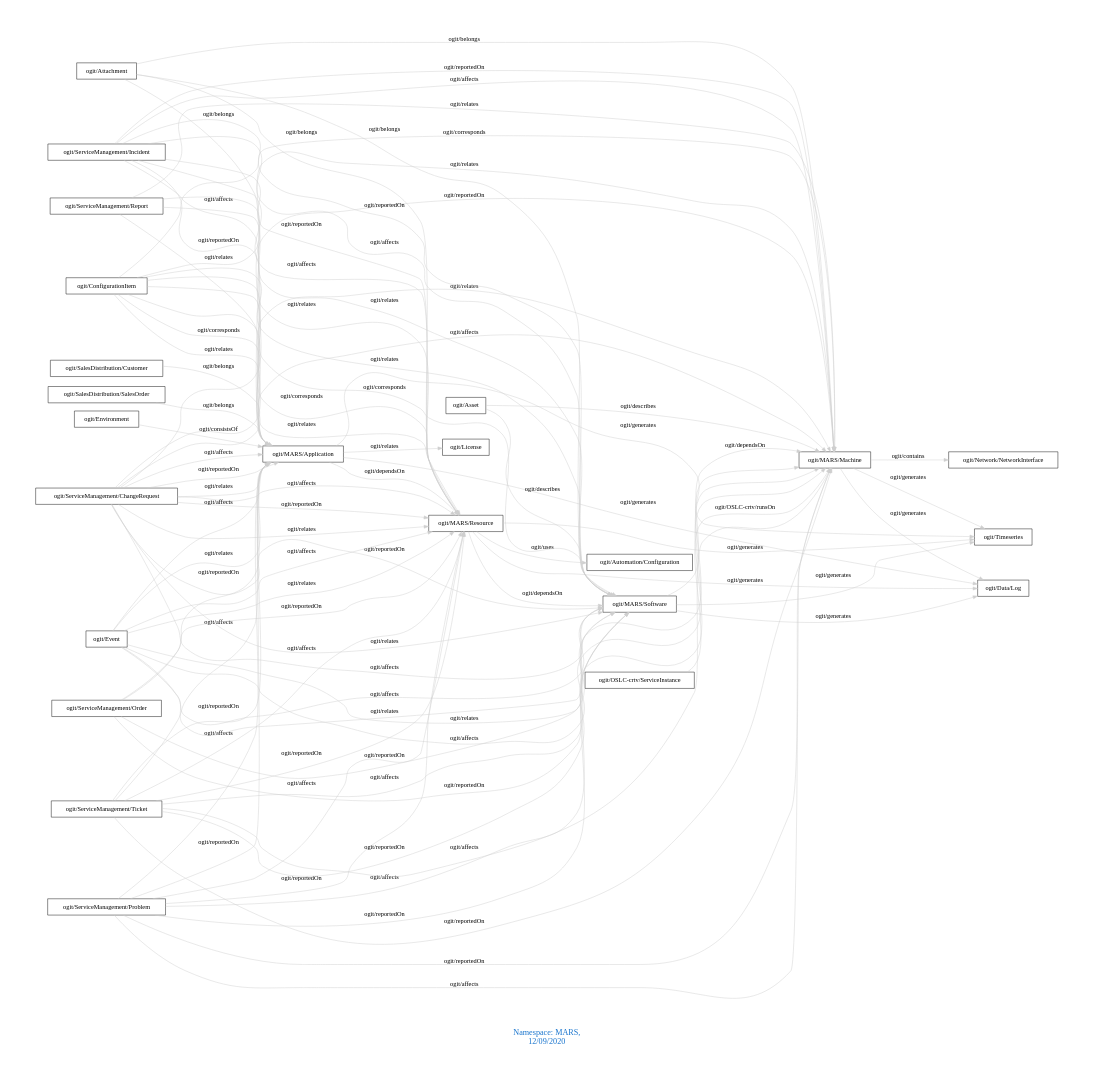
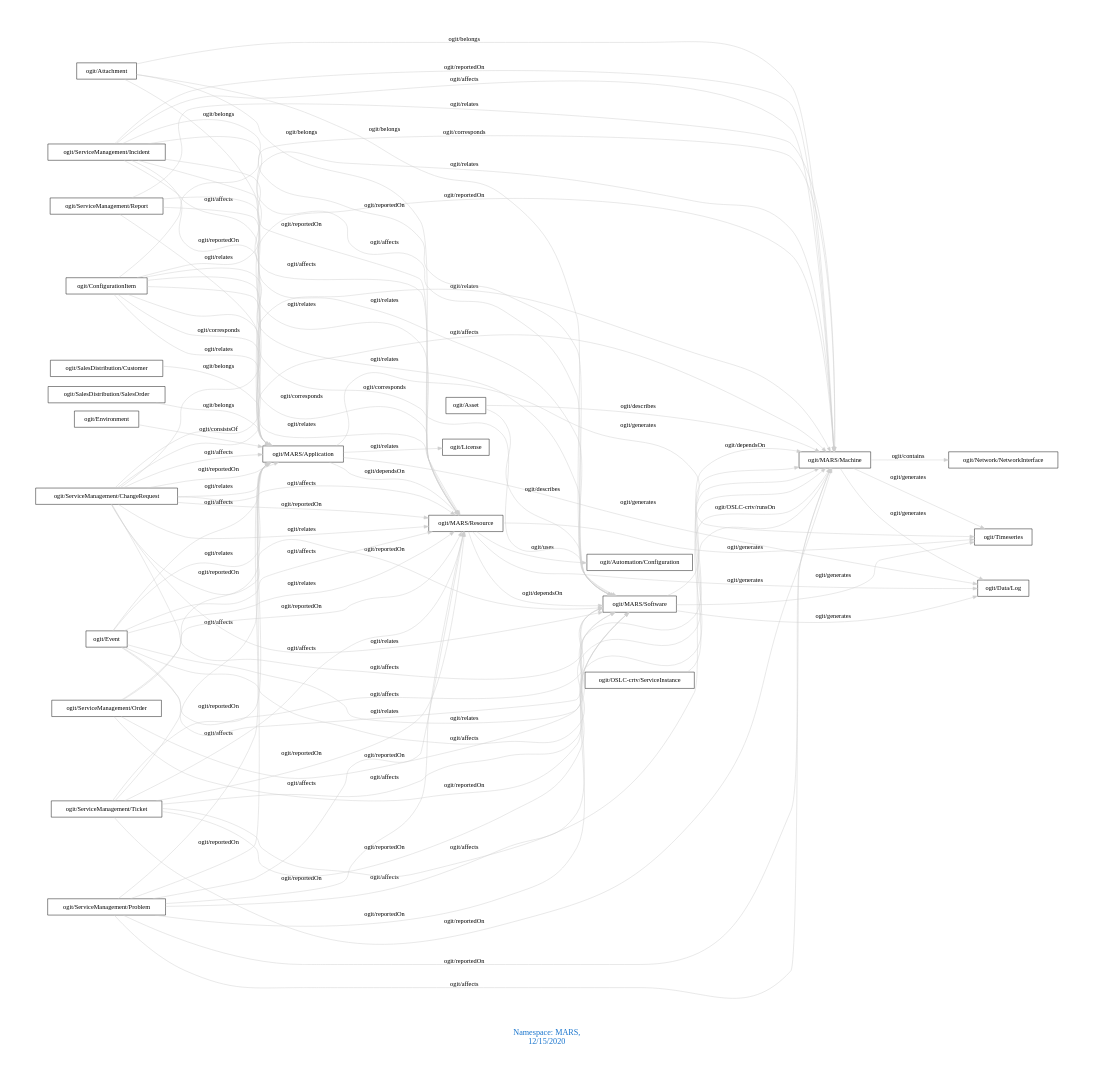
Before and after one commit to arago/OGIT: the diagram in downloads/MARS.dot, drawn with Graphviz. The commit also changed 1860 other files, not shown here.

```diff
--- a/downloads/MARS.dot
+++ b/downloads/MARS.dot
@@ -1,92 +1,92 @@
 digraph OGIT_ontology {
  graph [ rankdir= LR,pad=1 
 fontsize = 18,
-fontcolor= dodgerblue3,label = "\n\n\nNamespace: MARS, \n 12/09/2020"];
+fontcolor= dodgerblue3,label = "\n\n\nNamespace: MARS, \n 12/15/2020"];
 node[shape=polygon];
 edge [  color="gray81"];
 
    "ogit/MARS/Machine" -> "ogit/Network/NetworkInterface" [label="   ogit/contains    "];
    "ogit/MARS/Application" -> "ogit/Data/Log" [label="   ogit/generates    "];
    "ogit/MARS/Application" -> "ogit/Timeseries" [label="   ogit/generates    "];
    "ogit/MARS/Machine" -> "ogit/Data/Log" [label="   ogit/generates    "];
    "ogit/MARS/Machine" -> "ogit/Timeseries" [label="   ogit/generates    "];
    "ogit/MARS/Resource" -> "ogit/Data/Log" [label="   ogit/generates    "];
    "ogit/MARS/Resource" -> "ogit/Timeseries" [label="   ogit/generates    "];
    "ogit/MARS/Software" -> "ogit/Data/Log" [label="   ogit/generates    "];
    "ogit/MARS/Software" -> "ogit/Timeseries" [label="   ogit/generates    "];
    "ogit/Asset" -> "ogit/MARS/Software" [label="   ogit/describes    "];
    "ogit/Asset" -> "ogit/MARS/Machine" [label="   ogit/describes    "];
    "ogit/ConfigurationItem" -> "ogit/MARS/Application" [label="   ogit/corresponds    "];
    "ogit/ConfigurationItem" -> "ogit/MARS/Resource" [label="   ogit/corresponds    "];
    "ogit/ConfigurationItem" -> "ogit/MARS/Software" [label="   ogit/corresponds    "];
    "ogit/ConfigurationItem" -> "ogit/MARS/Machine" [label="   ogit/corresponds    "];
    "ogit/ServiceManagement/ChangeRequest" -> "ogit/MARS/Application" [label="   ogit/affects    "];
    "ogit/ServiceManagement/ChangeRequest" -> "ogit/MARS/Resource" [label="   ogit/affects    "];
    "ogit/ServiceManagement/ChangeRequest" -> "ogit/MARS/Software" [label="   ogit/affects    "];
    "ogit/ServiceManagement/ChangeRequest" -> "ogit/MARS/Machine" [label="   ogit/affects    "];
    "ogit/ServiceManagement/Incident" -> "ogit/MARS/Application" [label="   ogit/affects    "];
    "ogit/ServiceManagement/Incident" -> "ogit/MARS/Resource" [label="   ogit/affects    "];
    "ogit/ServiceManagement/Incident" -> "ogit/MARS/Software" [label="   ogit/affects    "];
    "ogit/ServiceManagement/Incident" -> "ogit/MARS/Machine" [label="   ogit/affects    "];
    "ogit/ServiceManagement/Problem" -> "ogit/MARS/Application" [label="   ogit/affects    "];
    "ogit/ServiceManagement/Problem" -> "ogit/MARS/Resource" [label="   ogit/affects    "];
    "ogit/ServiceManagement/Problem" -> "ogit/MARS/Software" [label="   ogit/affects    "];
    "ogit/ServiceManagement/Problem" -> "ogit/MARS/Machine" [label="   ogit/affects    "];
    "ogit/ServiceManagement/Ticket" -> "ogit/MARS/Application" [label="   ogit/affects    "];
    "ogit/ServiceManagement/Ticket" -> "ogit/MARS/Resource" [label="   ogit/affects    "];
    "ogit/ServiceManagement/Ticket" -> "ogit/MARS/Software" [label="   ogit/affects    "];
    "ogit/ServiceManagement/Ticket" -> "ogit/MARS/Machine" [label="   ogit/affects    "];
    "ogit/Event" -> "ogit/MARS/Application" [label="   ogit/affects    "];
    "ogit/Event" -> "ogit/MARS/Resource" [label="   ogit/affects    "];
    "ogit/Event" -> "ogit/MARS/Software" [label="   ogit/affects    "];
    "ogit/Event" -> "ogit/MARS/Machine" [label="   ogit/affects    "];
    "ogit/OSLC-crtv/ServiceInstance" -> "ogit/MARS/Machine" [label="   ogit/OSLC-crtv/runsOn    "];
    "ogit/MARS/Application" -> "ogit/MARS/Resource" [label="   ogit/dependsOn    "];
    "ogit/MARS/Resource" -> "ogit/MARS/Software" [label="   ogit/dependsOn    "];
    "ogit/MARS/Software" -> "ogit/MARS/Machine" [label="   ogit/dependsOn    "];
    "ogit/SalesDistribution/Customer" -> "ogit/MARS/Application" [label="   ogit/belongs    "];
    "ogit/SalesDistribution/SalesOrder" -> "ogit/MARS/Application" [label="   ogit/belongs    "];
    "ogit/Attachment" -> "ogit/MARS/Machine" [label="   ogit/belongs    "];
    "ogit/Attachment" -> "ogit/MARS/Software" [label="   ogit/belongs    "];
    "ogit/Attachment" -> "ogit/MARS/Resource" [label="   ogit/belongs    "];
    "ogit/Attachment" -> "ogit/MARS/Application" [label="   ogit/belongs    "];
    "ogit/MARS/Resource" -> "ogit/Automation/Configuration" [label="   ogit/uses    "];
    "ogit/ServiceManagement/ChangeRequest" -> "ogit/MARS/Machine" [label="   ogit/reportedOn    "];
    "ogit/ServiceManagement/ChangeRequest" -> "ogit/MARS/Software" [label="   ogit/reportedOn    "];
    "ogit/ServiceManagement/ChangeRequest" -> "ogit/MARS/Resource" [label="   ogit/reportedOn    "];
    "ogit/ServiceManagement/ChangeRequest" -> "ogit/MARS/Application" [label="   ogit/reportedOn    "];
    "ogit/ServiceManagement/Incident" -> "ogit/MARS/Machine" [label="   ogit/reportedOn    "];
    "ogit/ServiceManagement/Incident" -> "ogit/MARS/Software" [label="   ogit/reportedOn    "];
    "ogit/ServiceManagement/Incident" -> "ogit/MARS/Resource" [label="   ogit/reportedOn    "];
    "ogit/ServiceManagement/Incident" -> "ogit/MARS/Application" [label="   ogit/reportedOn    "];
    "ogit/ServiceManagement/Order" -> "ogit/MARS/Machine" [label="   ogit/reportedOn    "];
    "ogit/ServiceManagement/Order" -> "ogit/MARS/Software" [label="   ogit/reportedOn    "];
    "ogit/ServiceManagement/Order" -> "ogit/MARS/Resource" [label="   ogit/reportedOn    "];
    "ogit/ServiceManagement/Order" -> "ogit/MARS/Application" [label="   ogit/reportedOn    "];
    "ogit/ServiceManagement/Problem" -> "ogit/MARS/Machine" [label="   ogit/reportedOn    "];
    "ogit/ServiceManagement/Problem" -> "ogit/MARS/Software" [label="   ogit/reportedOn    "];
    "ogit/ServiceManagement/Problem" -> "ogit/MARS/Resource" [label="   ogit/reportedOn    "];
    "ogit/ServiceManagement/Problem" -> "ogit/MARS/Application" [label="   ogit/reportedOn    "];
    "ogit/ServiceManagement/Ticket" -> "ogit/MARS/Machine" [label="   ogit/reportedOn    "];
    "ogit/ServiceManagement/Ticket" -> "ogit/MARS/Software" [label="   ogit/reportedOn    "];
    "ogit/ServiceManagement/Ticket" -> "ogit/MARS/Resource" [label="   ogit/reportedOn    "];
    "ogit/ServiceManagement/Ticket" -> "ogit/MARS/Application" [label="   ogit/reportedOn    "];
    "ogit/Environment" -> "ogit/MARS/Application" [label="   ogit/consistsOf    "];
    "ogit/MARS/Application" -> "ogit/License" [label="   ogit/relates    "];
    "ogit/ServiceManagement/ChangeRequest" -> "ogit/MARS/Machine" [label="   ogit/relates    "];
    "ogit/ServiceManagement/ChangeRequest" -> "ogit/MARS/Software" [label="   ogit/relates    "];
    "ogit/ServiceManagement/ChangeRequest" -> "ogit/MARS/Resource" [label="   ogit/relates    "];
    "ogit/ServiceManagement/ChangeRequest" -> "ogit/MARS/Application" [label="   ogit/relates    "];
    "ogit/ServiceManagement/Report" -> "ogit/MARS/Machine" [label="   ogit/relates    "];
    "ogit/ServiceManagement/Report" -> "ogit/MARS/Software" [label="   ogit/relates    "];
    "ogit/ServiceManagement/Report" -> "ogit/MARS/Resource" [label="   ogit/relates    "];
    "ogit/ServiceManagement/Report" -> "ogit/MARS/Application" [label="   ogit/relates    "];
    "ogit/ConfigurationItem" -> "ogit/MARS/Machine" [label="   ogit/relates    "];
    "ogit/ConfigurationItem" -> "ogit/MARS/Software" [label="   ogit/relates    "];
    "ogit/ConfigurationItem" -> "ogit/MARS/Resource" [label="   ogit/relates    "];
    "ogit/ConfigurationItem" -> "ogit/MARS/Application" [label="   ogit/relates    "];
    "ogit/Event" -> "ogit/MARS/Machine" [label="   ogit/relates    "];
    "ogit/Event" -> "ogit/MARS/Software" [label="   ogit/relates    "];
    "ogit/Event" -> "ogit/MARS/Resource" [label="   ogit/relates    "];
    "ogit/Event" -> "ogit/MARS/Application" [label="   ogit/relates    "];
 }
```
